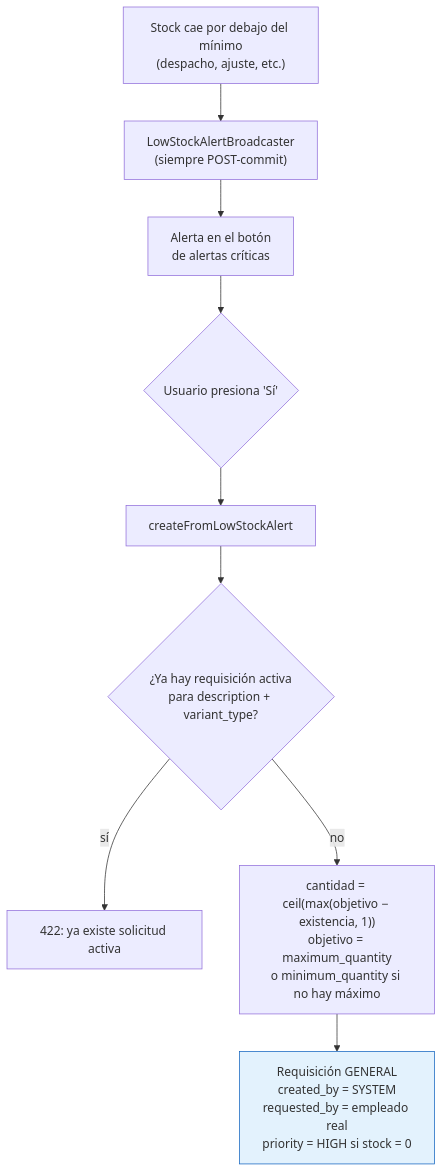
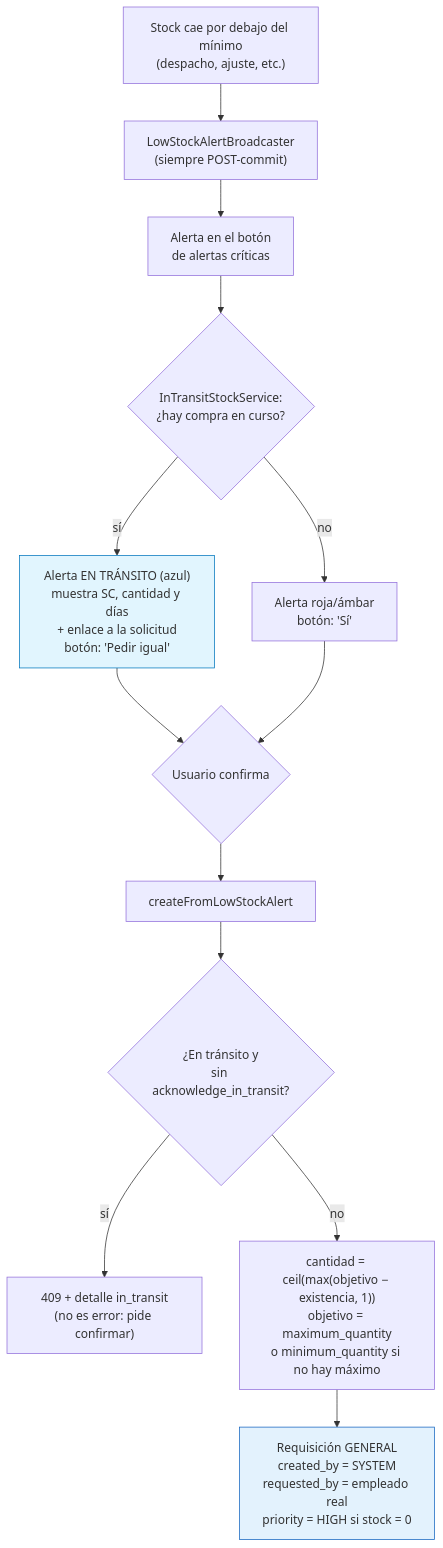
Diagram 12 of 13 in docs/manual-ciclo-de-compras.md (transmandu/SIGEAC_Frontend), drawn with Mermaid before and after one commit. The commit also changed other lines of this file and 5 other files, not shown here.

Commit message:
feat: enhance low stock alert system with in-transit tracking and user confirmation flow

````diff
--- a/docs/manual-ciclo-de-compras.md
+++ b/docs/manual-ciclo-de-compras.md
@@ -835,12 +835,17 @@
 ```mermaid
 flowchart TD
     S["Stock cae por debajo del mínimo<br/>(despacho, ajuste, etc.)"] --> B["LowStockAlertBroadcaster<br/>(siempre POST-commit)"]
     B --> A["Alerta en el botón<br/>de alertas críticas"]
-    A --> U{"Usuario presiona 'Sí'"}
+    A --> T{"InTransitStockService:<br/>¿hay compra en curso?"}
+    T -->|sí| INT["Alerta EN TRÁNSITO (azul)<br/>muestra SC, cantidad y días<br/>+ enlace a la solicitud<br/>botón: 'Pedir igual'"]
+    T -->|no| RED["Alerta roja/ámbar<br/>botón: 'Sí'"]
+    INT --> U{"Usuario confirma"}
+    RED --> U
     U --> Q["createFromLowStockAlert"]
-    Q --> CHK{"¿Ya hay requisición activa<br/>para description + variant_type?"}
-    CHK -->|sí| ERR["422: ya existe solicitud activa"]
+    Q --> CHK{"¿En tránsito y<br/>sin acknowledge_in_transit?"}
+    CHK -->|sí| ERR["409 + detalle in_transit<br/>(no es error: pide confirmar)"]
     CHK -->|no| CALC["cantidad = ceil(max(objetivo − existencia, 1))<br/>objetivo = maximum_quantity<br/>o minimum_quantity si no hay máximo"]
     CALC --> REQ["Requisición GENERAL<br/>created_by = SYSTEM<br/>requested_by = empleado real<br/>priority = HIGH si stock = 0"]
     style REQ fill:#e3f2fd,stroke:#1565c0
+    style INT fill:#e1f5fe,stroke:#0277bd
 ```
````
